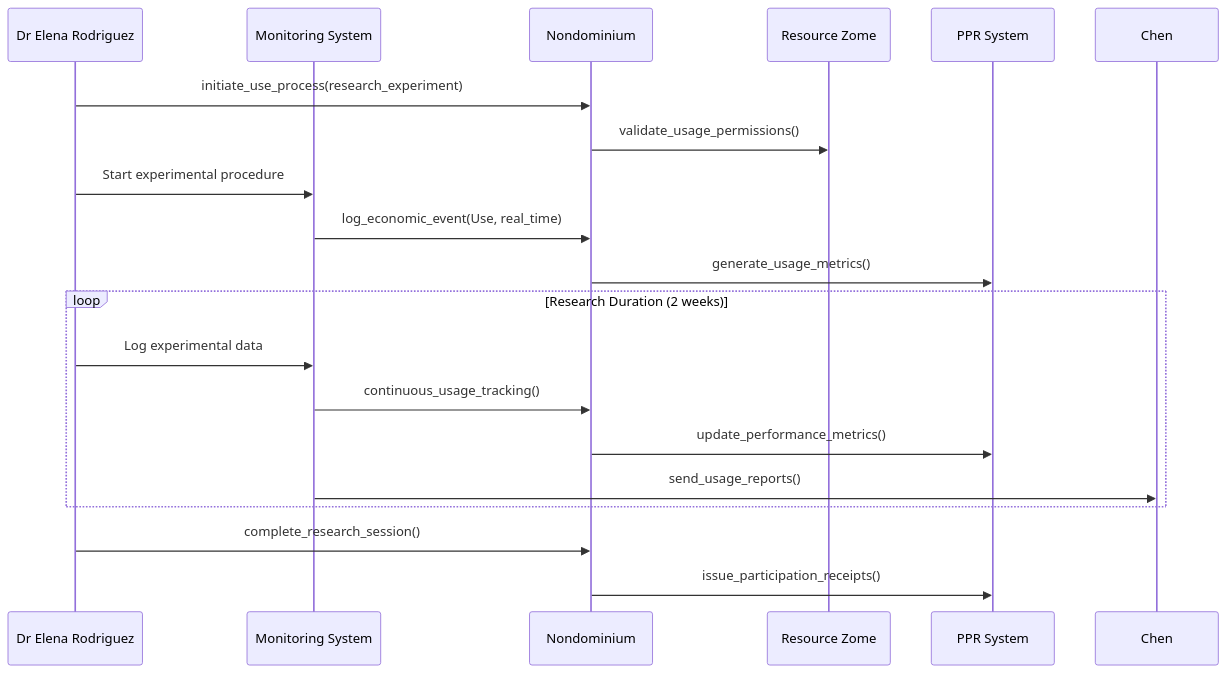
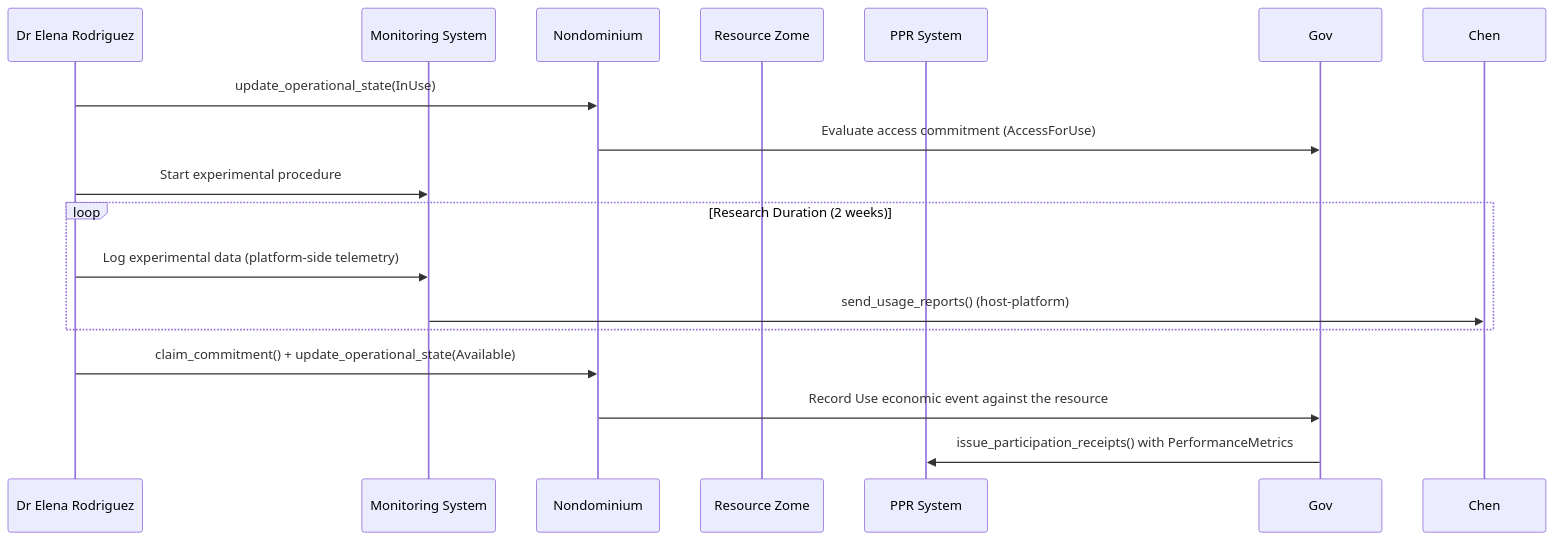
Before and after one commit to Sensorica/nondominium: the sixth of 11 diagrams in documentation/Applications/user-story/user-story-open-science.md, drawn with Mermaid. The commit also changed other lines of this file and 99 other files, not shown here.

````diff
--- a/documentation/Applications/user-story/user-story-open-science.md
+++ b/documentation/Applications/user-story/user-story-open-science.md
@@ -190,24 +206,21 @@
 ```mermaid
 sequenceDiagram
     participant Elena as Dr Elena Rodriguez
     participant System as Monitoring System
     participant ND as Nondominium
     participant Res as Resource Zome
     participant PPR as PPR System
 
-    Elena->>ND: initiate_use_process(research_experiment)
-    ND->>Res: validate_usage_permissions()
+    Elena->>ND: update_operational_state(InUse)
+    ND->>Gov: Evaluate access commitment (AccessForUse)
     Elena->>System: Start experimental procedure
-    System->>ND: log_economic_event(Use, real_time)
-    ND->>PPR: generate_usage_metrics()
 
     loop Research Duration (2 weeks)
-        Elena->>System: Log experimental data
-        System->>ND: continuous_usage_tracking()
-        ND->>PPR: update_performance_metrics()
-        System->>Chen: send_usage_reports()
+        Elena->>System: Log experimental data (platform-side telemetry)
+        System->>Chen: send_usage_reports() (host-platform)
     end
 
-    Elena->>ND: complete_research_session()
-    ND->>PPR: issue_participation_receipts()
+    Elena->>ND: claim_commitment() + update_operational_state(Available)
+    ND->>Gov: Record Use economic event against the resource
+    Gov->>PPR: issue_participation_receipts() with PerformanceMetrics
 ```
````
